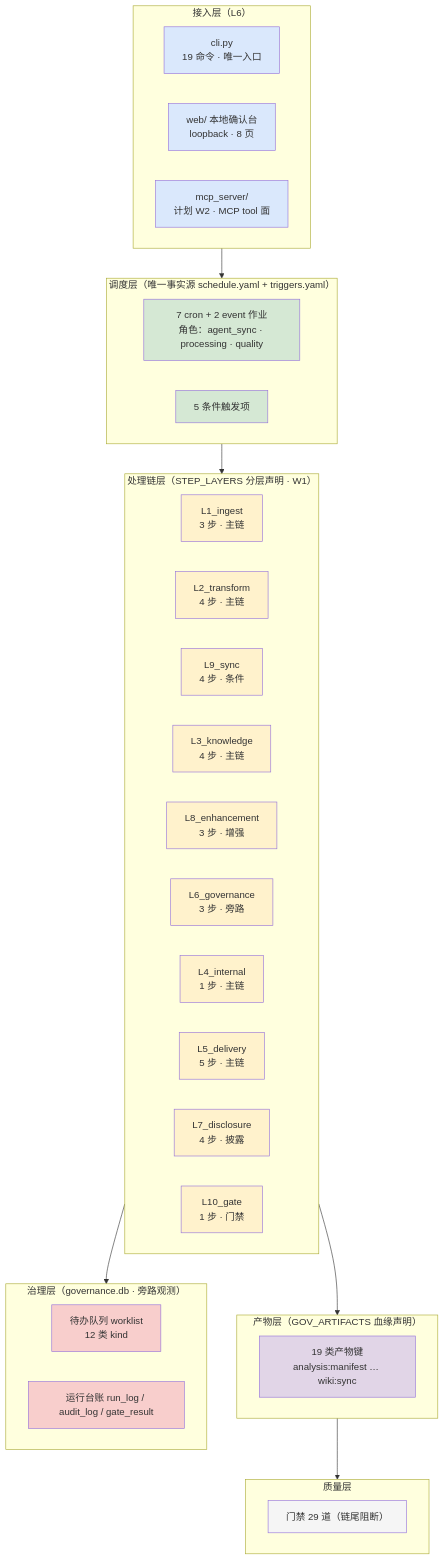
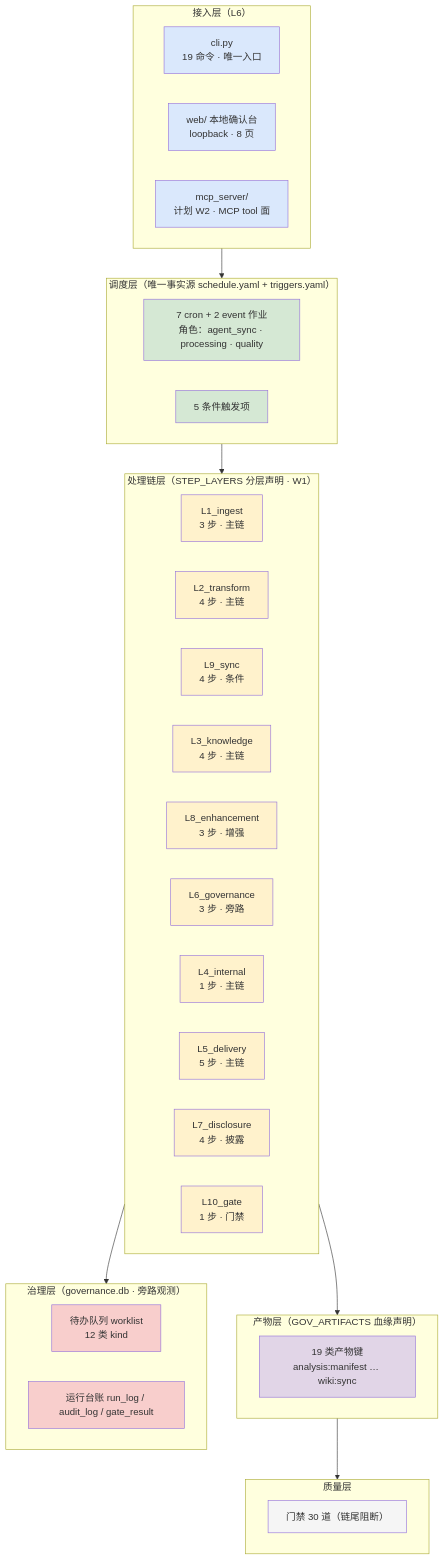
One commit to wangtierui/orchestrator changed the third of 4 diagrams in README.md. Above: the diagram before and after it, drawn with Mermaid. The commit also changed other lines of this file and 31 other files, not shown here.

````diff
--- a/README.md
+++ b/README.md
@@ -221,58 +221,58 @@
 ```mermaid
 flowchart TB
   subgraph ACC["接入层（L6）"]
     CLI["cli.py<br/>19 命令 · 唯一入口"]
     WEB["web/ 本地确认台<br/>loopback · 8 页"]
     MCP["mcp_server/<br/>计划 W2 · MCP tool 面"]
   end
   subgraph SCHED["调度层（唯一事实源 schedule.yaml + triggers.yaml）"]
     JOB["7 cron + 2 event 作业<br/>角色：agent_sync · processing · quality"]
     TRG["5 条件触发项"]
   end
   subgraph CHAIN["处理链层（STEP_LAYERS 分层声明 · W1）"]
     L1ingest["L1_ingest<br/>3 步 · 主链"]
     L2transform["L2_transform<br/>4 步 · 主链"]
     L9sync["L9_sync<br/>4 步 · 条件"]
     L3knowledge["L3_knowledge<br/>4 步 · 主链"]
     L8enhancement["L8_enhancement<br/>3 步 · 增强"]
     L6governance["L6_governance<br/>3 步 · 旁路"]
     L4internal["L4_internal<br/>1 步 · 主链"]
     L5delivery["L5_delivery<br/>5 步 · 主链"]
     L7disclosure["L7_disclosure<br/>4 步 · 披露"]
     L10gate["L10_gate<br/>1 步 · 门禁"]
   end
   subgraph ART["产物层（GOV_ARTIFACTS 血缘声明）"]
     ARTN["19 类产物键<br/>analysis:manifest … wiki:sync"]
   end
   subgraph GOV["治理层（governance.db · 旁路观测）"]
     WL["待办队列 worklist<br/>12 类 kind"]
     LED["运行台账 run_log / audit_log / gate_result"]
   end
   subgraph QUAL["质量层"]
-    GATES["门禁 29 道（链尾阻断）"]
+    GATES["门禁 30 道（链尾阻断）"]
   end
   ACC --> SCHED --> CHAIN --> ART
   CHAIN --> GOV
   ART --> QUAL
   classDef acc fill:#dae8fc
   classDef sched fill:#d5e8d4
   classDef chain fill:#fff2cc
   classDef art fill:#e1d5e7
   classDef gov fill:#f8cecc
   classDef qual fill:#f5f5f5
   class CLI,WEB,MCP acc
   class JOB,TRG sched
   class L1ingest chain
   class L2transform chain
   class L9sync chain
   class L3knowledge chain
   class L8enhancement chain
   class L6governance chain
   class L4internal chain
   class L5delivery chain
   class L7disclosure chain
   class L10gate chain
   class ARTN art
   class WL,LED gov
   class GATES qual
 ```
````
